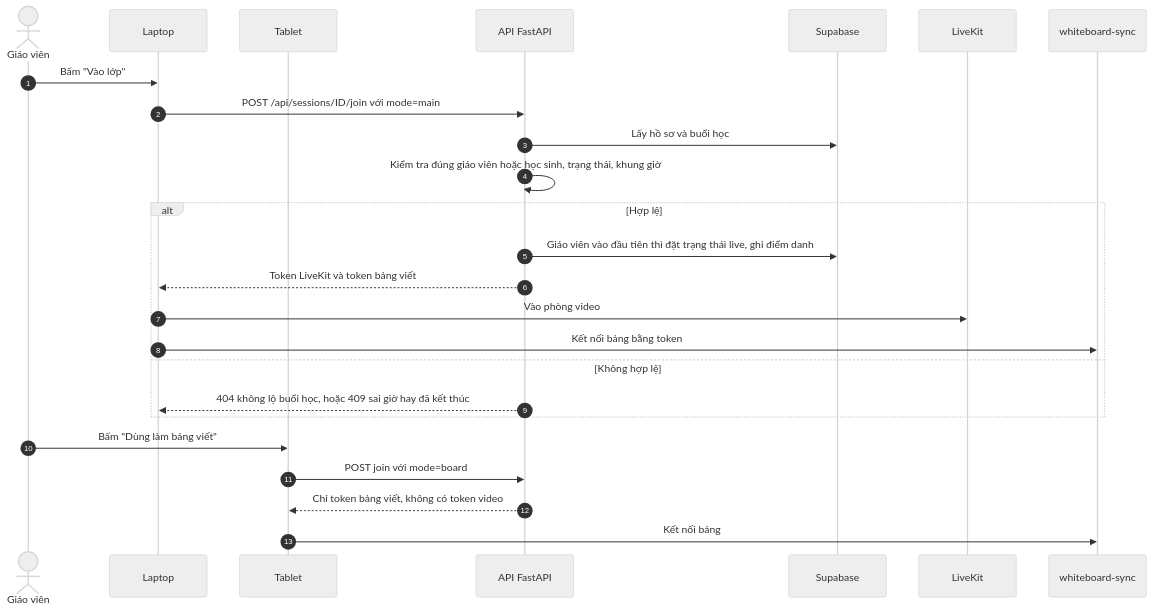
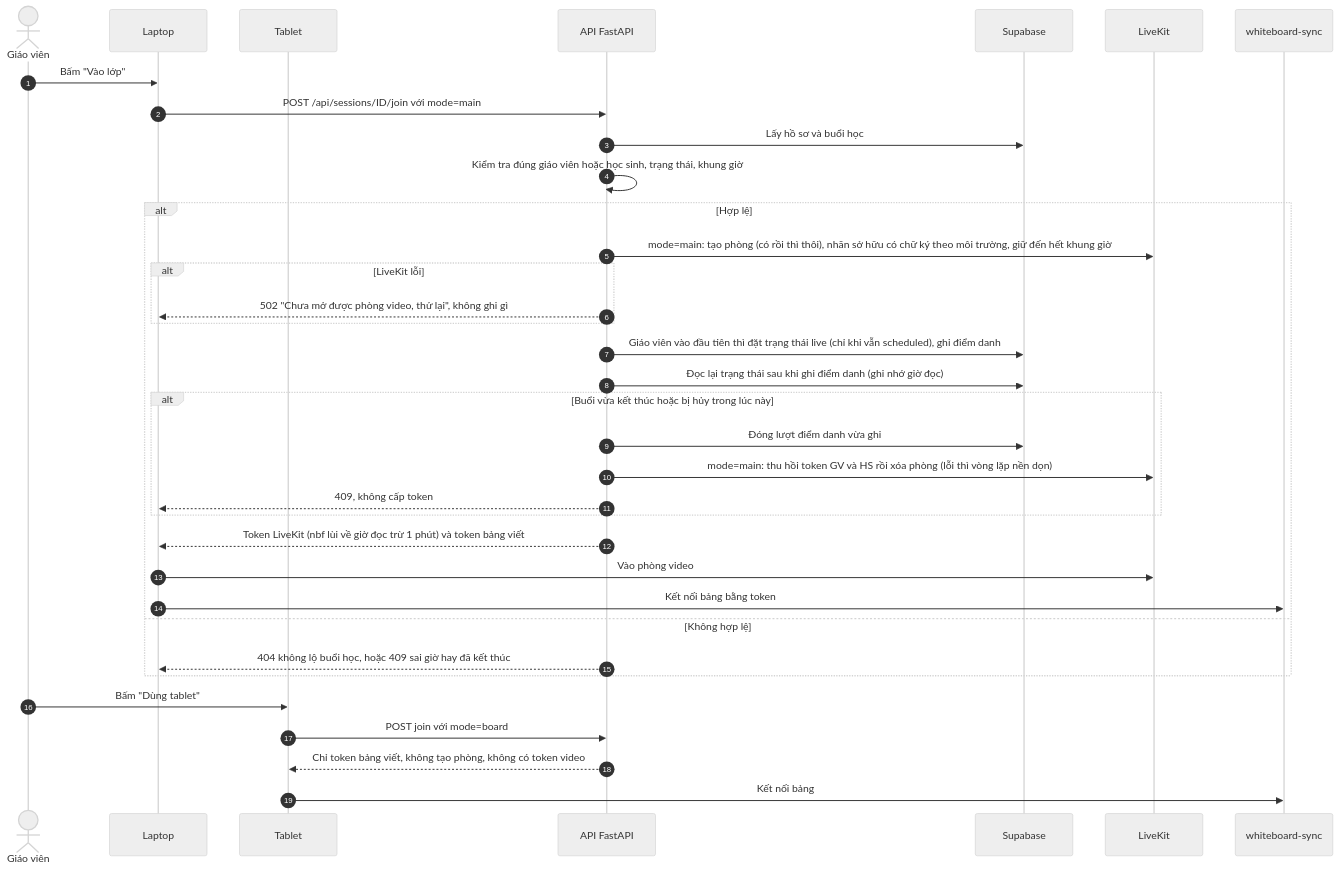
Before and after one commit to TrungTuyenDo02/Web_teaching_online: the fifth of 15 diagrams in docs/flows.md, drawn with Mermaid (neutral theme). The commit also changed other lines of this file and 193 other files, not shown here.

First line of the commit message:
Hoàn thiện Giai đoạn 1, nền M0 và M1a; viết lại README

````diff
--- a/docs/flows.md
+++ b/docs/flows.md
@@ -59,27 +119,37 @@
 ```mermaid
 sequenceDiagram
   autonumber
   actor GV as Giáo viên
   participant L as Laptop
   participant T as Tablet
   participant API as API FastAPI
   participant DB as Supabase
   participant LK as LiveKit
   participant WB as whiteboard-sync
   GV->>L: Bấm "Vào lớp"
   L->>API: POST /api/sessions/ID/join với mode=main
   API->>DB: Lấy hồ sơ và buổi học
   API->>API: Kiểm tra đúng giáo viên hoặc học sinh, trạng thái, khung giờ
   alt Hợp lệ
-    API->>DB: Giáo viên vào đầu tiên thì đặt trạng thái live, ghi điểm danh
-    API-->>L: Token LiveKit và token bảng viết
+    API->>LK: mode=main: tạo phòng (có rồi thì thôi), nhãn sở hữu có chữ ký theo môi trường, giữ đến hết khung giờ
+    alt LiveKit lỗi
+      API-->>L: 502 "Chưa mở được phòng video, thử lại", không ghi gì
+    end
+    API->>DB: Giáo viên vào đầu tiên thì đặt trạng thái live (chỉ khi vẫn scheduled), ghi điểm danh
+    API->>DB: Đọc lại trạng thái sau khi ghi điểm danh (ghi nhớ giờ đọc)
+    alt Buổi vừa kết thúc hoặc bị hủy trong lúc này
+      API->>DB: Đóng lượt điểm danh vừa ghi
+      API->>LK: mode=main: thu hồi token GV và HS rồi xóa phòng (lỗi thì vòng lặp nền dọn)
+      API-->>L: 409, không cấp token
+    end
+    API-->>L: Token LiveKit (nbf lùi về giờ đọc trừ 1 phút) và token bảng viết
     L->>LK: Vào phòng video
     L->>WB: Kết nối bảng bằng token
   else Không hợp lệ
     API-->>L: 404 không lộ buổi học, hoặc 409 sai giờ hay đã kết thúc
   end
-  GV->>T: Bấm "Dùng làm bảng viết"
+  GV->>T: Bấm "Dùng tablet"
   T->>API: POST join với mode=board
-  API-->>T: Chỉ token bảng viết, không có token video
+  API-->>T: Chỉ token bảng viết, không tạo phòng, không có token video
   T->>WB: Kết nối bảng
 ```
````
